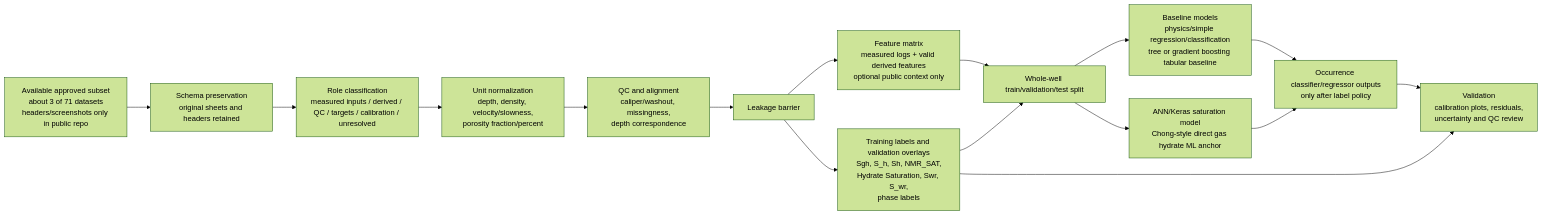
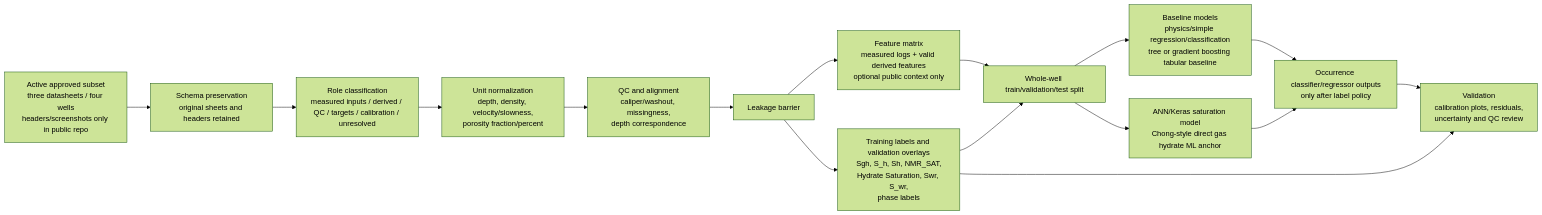
Before and after one commit to Rnanda442/north-slope-gas-hydrates: the diagram in docs/APPROVED_DATA_SCHEMA_COVERAGE_AND_MODEL_ARCHITECTURE_PLAN.md, drawn with Mermaid (forest theme). The commit also changed other lines of this file and 8 other files, not shown here.

````diff
--- a/docs/APPROVED_DATA_SCHEMA_COVERAGE_AND_MODEL_ARCHITECTURE_PLAN.md
+++ b/docs/APPROVED_DATA_SCHEMA_COVERAGE_AND_MODEL_ARCHITECTURE_PLAN.md
@@ -143,18 +149,18 @@
 ```mermaid
 flowchart LR
-    A["Available approved subset<br/>about 3 of 71 datasets<br/>headers/screenshots only in public repo"] --> B["Schema preservation<br/>original sheets and headers retained"]
+    A["Active approved subset<br/>three datasheets / four wells<br/>headers/screenshots only in public repo"] --> B["Schema preservation<br/>original sheets and headers retained"]
     B --> C["Role classification<br/>measured inputs / derived / QC / targets / calibration / unresolved"]
     C --> D["Unit normalization<br/>depth, density, velocity/slowness,<br/>porosity fraction/percent"]
     D --> E["QC and alignment<br/>caliper/washout, missingness,<br/>depth correspondence"]
     E --> F["Leakage barrier"]
     F --> G["Feature matrix<br/>measured logs + valid derived features<br/>optional public context only"]
     F --> H["Training labels and validation overlays<br/>Sgh, S_h, Sh, NMR_SAT,<br/>Hydrate Saturation, Swr, S_wr,<br/>phase labels"]
     G --> I["Whole-well train/validation/test split"]
     H --> I
     I --> J["Baseline models<br/>physics/simple regression/classification<br/>tree or gradient boosting tabular baseline"]
     I --> K["ANN/Keras saturation model<br/>Chong-style direct gas hydrate ML anchor"]
     J --> L["Occurrence classifier/regressor outputs<br/>only after label policy"]
     K --> L
     H --> M["Validation<br/>calibration plots, residuals,<br/>uncertainty and QC review"]
     L --> M
 ```
````
